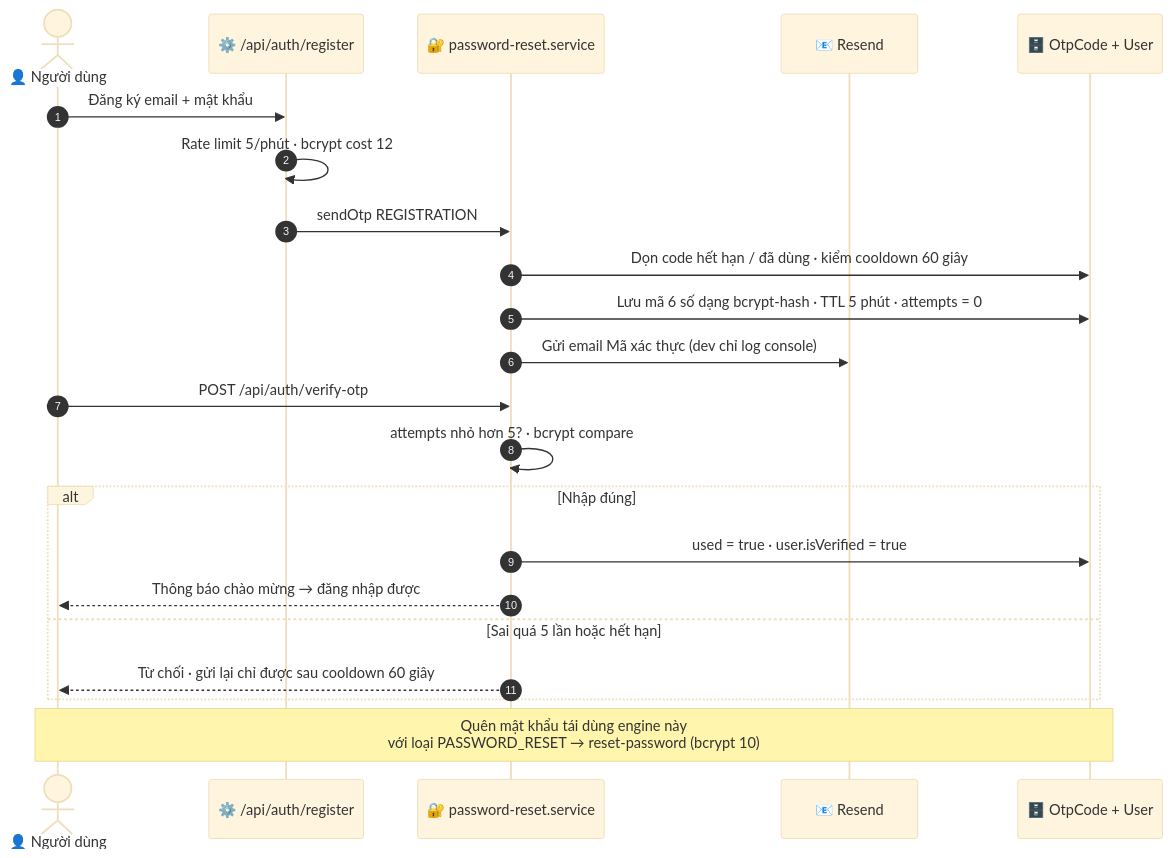
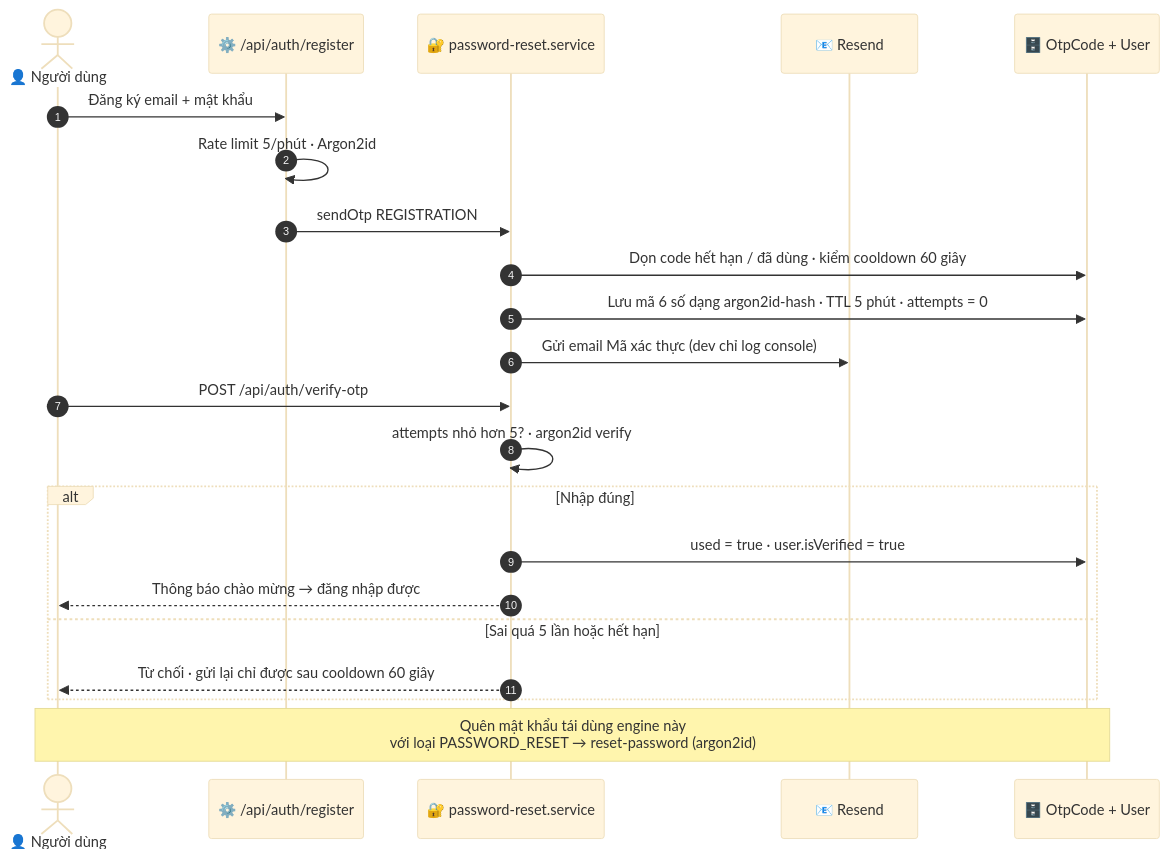
One commit to nhonhoa2007/shop-qr-payment changed the diagram in docs/uml/diagrams/20-sequence-auth-otp.mmd. Above: the diagram before and after it, drawn with Mermaid (base theme). The commit also changed 64 other files, not shown here.

First line of the commit message:
docs: cập nhật sơ đồ kiến trúc UML 2.5 và tài liệu đề cương đồ án

```diff
--- a/docs/uml/diagrams/20-sequence-auth-otp.mmd
+++ b/docs/uml/diagrams/20-sequence-auth-otp.mmd
@@ -1,23 +1,23 @@
 sequenceDiagram
     autonumber
     actor U as 👤 Người dùng
     participant REG as ⚙️ /api/auth/register
     participant OTP as 🔐 password-reset.service
     participant R as 📧 Resend
     participant DB as 🗄️ OtpCode + User
 
     U->>REG: Đăng ký email + mật khẩu
-    REG->>REG: Rate limit 5/phút · bcrypt cost 12
+    REG->>REG: Rate limit 5/phút · Argon2id
     REG->>OTP: sendOtp REGISTRATION
     OTP->>DB: Dọn code hết hạn / đã dùng · kiểm cooldown 60 giây
-    OTP->>DB: Lưu mã 6 số dạng bcrypt-hash · TTL 5 phút · attempts = 0
+    OTP->>DB: Lưu mã 6 số dạng argon2id-hash · TTL 5 phút · attempts = 0
     OTP->>R: Gửi email Mã xác thực (dev chỉ log console)
     U->>OTP: POST /api/auth/verify-otp
-    OTP->>OTP: attempts nhỏ hơn 5? · bcrypt compare
+    OTP->>OTP: attempts nhỏ hơn 5? · argon2id verify
     alt Nhập đúng
         OTP->>DB: used = true · user.isVerified = true
         OTP-->>U: Thông báo chào mừng → đăng nhập được
     else Sai quá 5 lần hoặc hết hạn
         OTP-->>U: Từ chối · gửi lại chỉ được sau cooldown 60 giây
     end
-    Note over U,DB: Quên mật khẩu tái dùng engine này<br/>với loại PASSWORD_RESET → reset-password (bcrypt 10)
+    Note over U,DB: Quên mật khẩu tái dùng engine này<br/>với loại PASSWORD_RESET → reset-password (argon2id)
```
